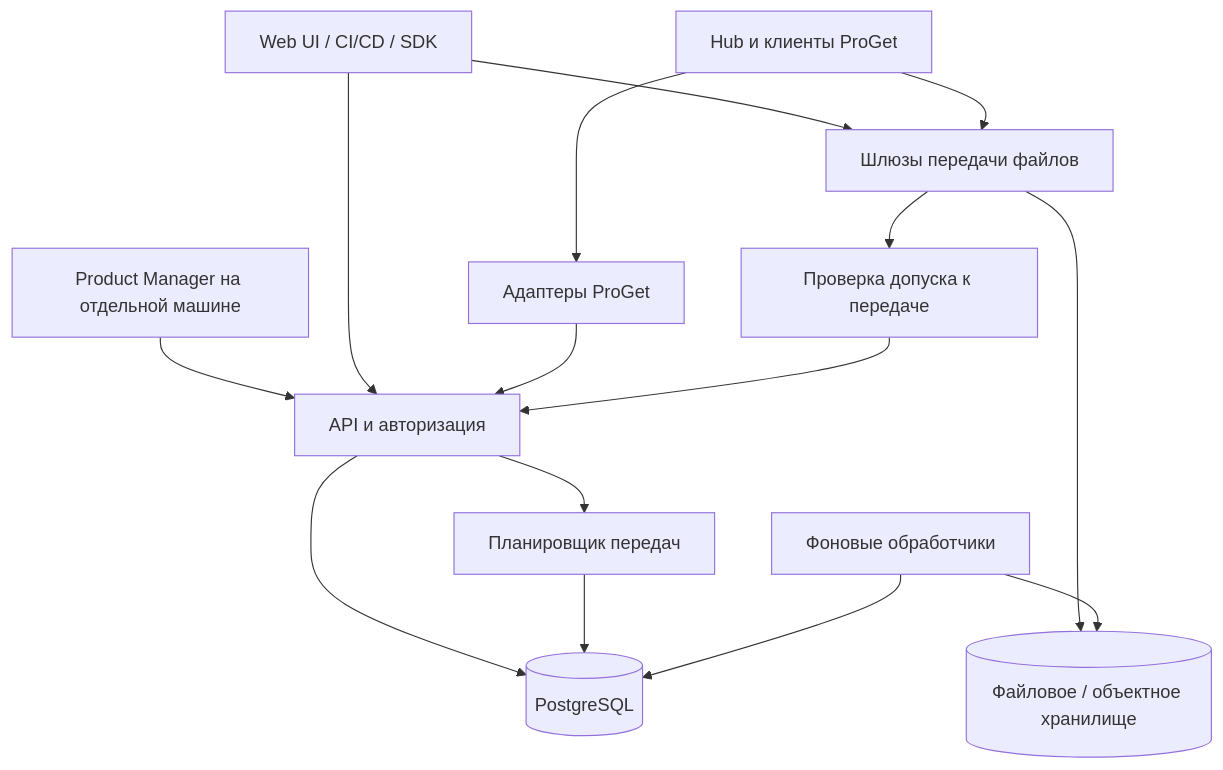
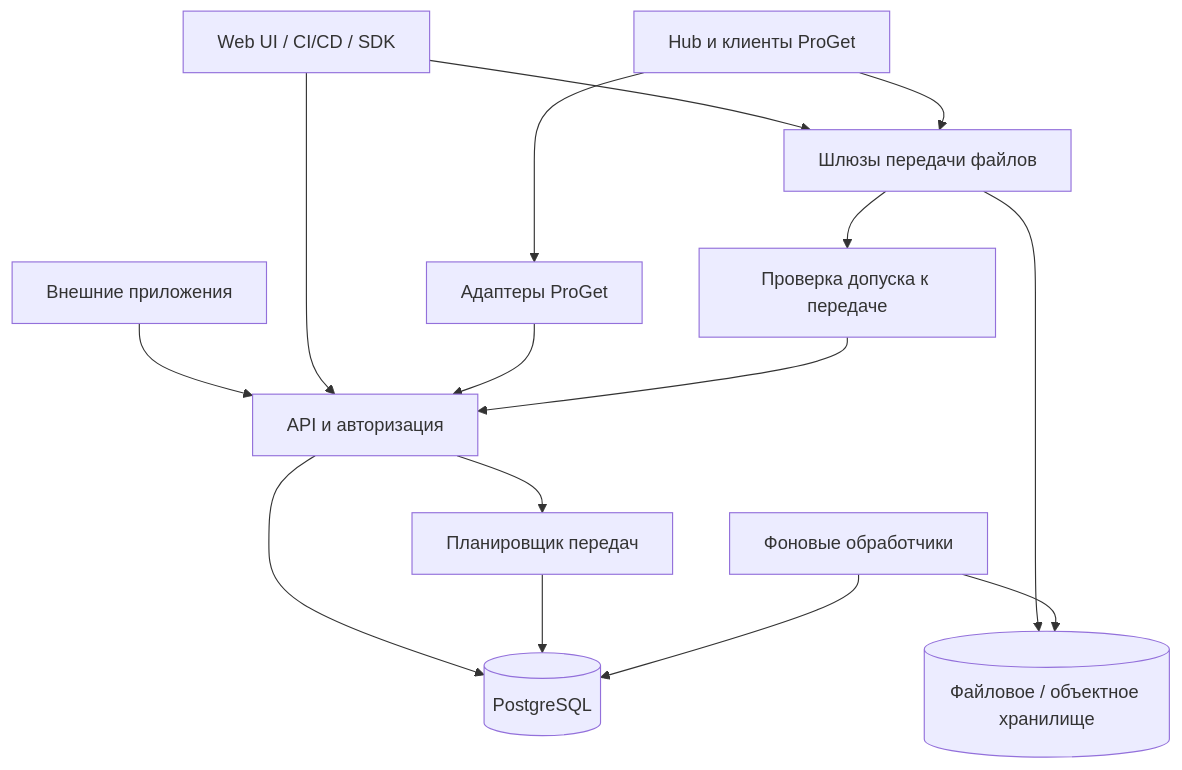
Before and after one commit to ProAnima/Arkvory: the diagram in docs/PROJECT_PLAN.md, drawn with Mermaid. The commit also changed other lines of this file and 10 other files, not shown here.

````diff
--- a/docs/PROJECT_PLAN.md
+++ b/docs/PROJECT_PLAN.md
@@ -32,17 +32,17 @@
 ```mermaid
 flowchart TD
-    PM[Product Manager на отдельной машине] --> API[API и авторизация]
+    EXT[Внешние приложения] --> API[API и авторизация]
     UI[Web UI / CI/CD / SDK] --> API
     OLD[Hub и клиенты ProGet] --> COMPAT[Адаптеры ProGet]
     COMPAT --> API
     API --> DB[(PostgreSQL)]
     API --> SCHED[Планировщик передач]
     SCHED --> DB
     UI --> EDGE[Шлюзы передачи файлов]
     OLD --> EDGE
     EDGE --> AUTH[Проверка допуска к передаче]
     AUTH --> API
     EDGE --> BLOBS[(Файловое / объектное хранилище)]
     WORK[Фоновые обработчики] --> DB
     WORK --> BLOBS
 ```
````
